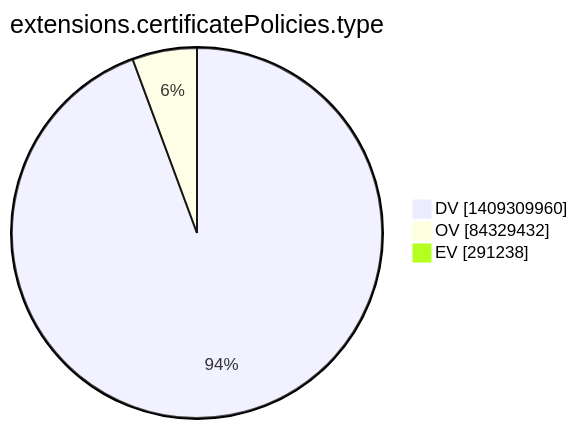
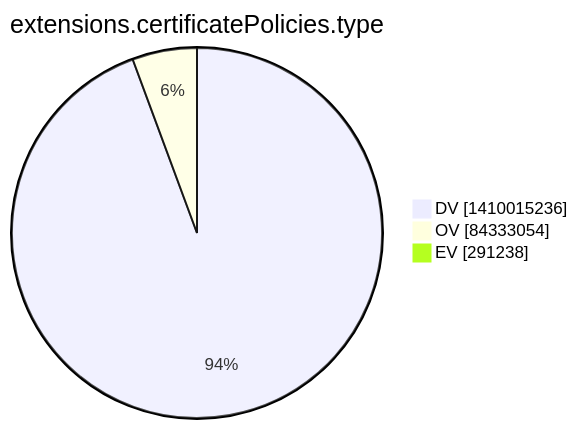
The tenth of 15 diagrams in argon2022/README.md (christiankrug/ctmonitor_visualization), drawn with Mermaid before and after one commit. The commit also changed other lines of this file, not shown here.

````diff
--- a/argon2022/README.md
+++ b/argon2022/README.md
@@ -2773,7 +2773,7 @@
 ```mermaid
 pie showData
 title extensions.certificatePolicies.type
-"DV" :1409309960
-"OV" :84329432
+"DV" :1410015236
+"OV" :84333054
 "EV" :291238
 ```
````
